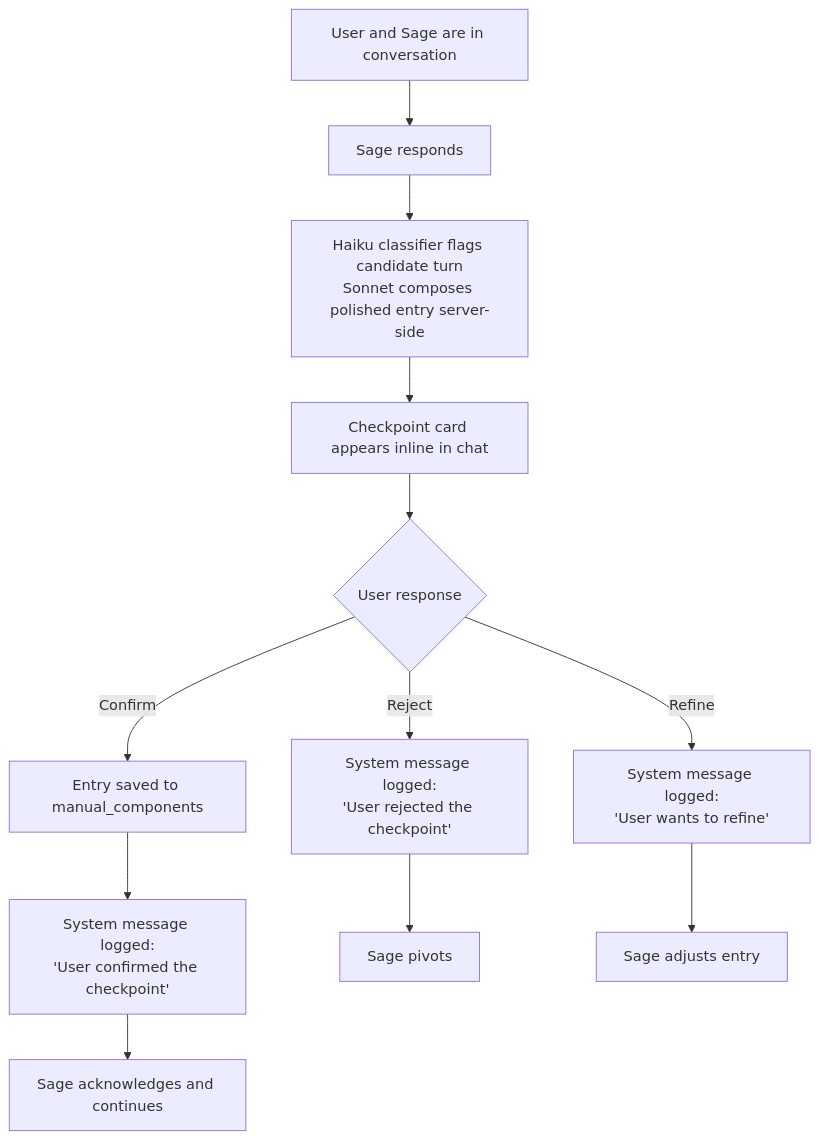
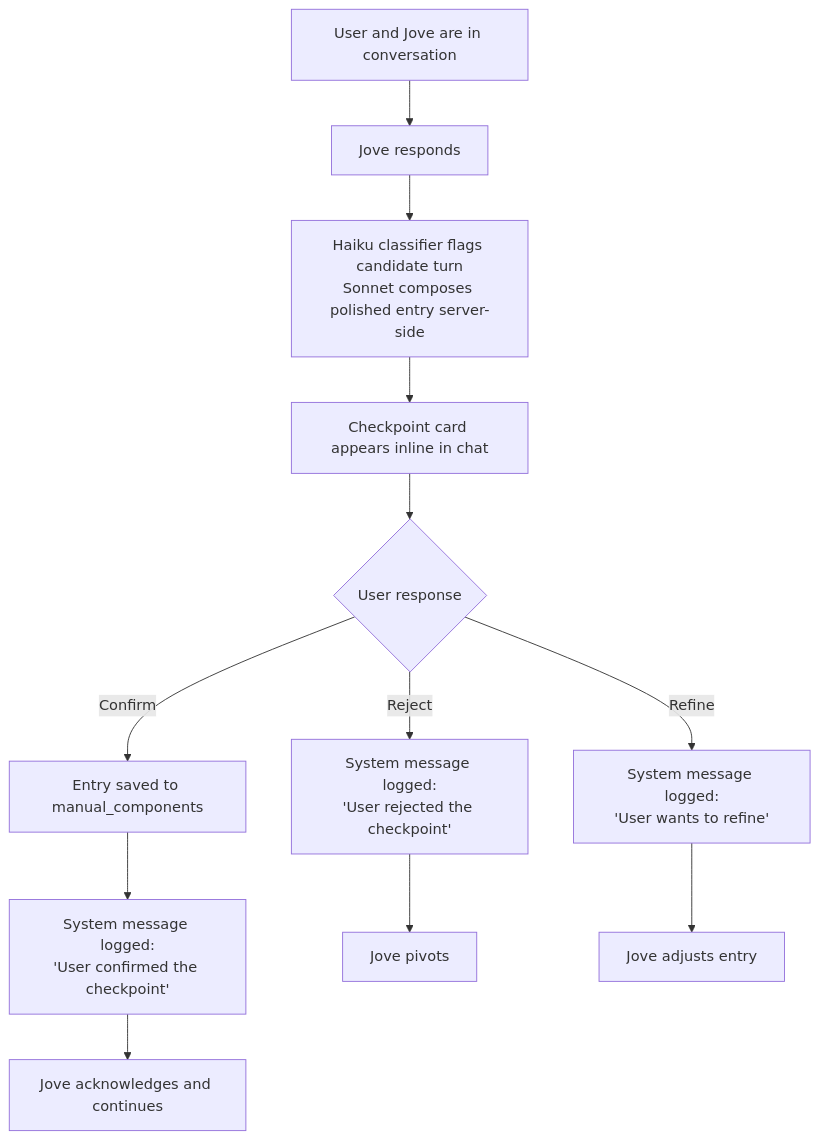
Before and after one commit to h2onation/mantle: the second of 7 diagrams in .claude/diagrams/user-flows.md, drawn with Mermaid. The commit also changed other lines of this file and 16 other files, not shown here.

````diff
--- a/.claude/diagrams/user-flows.md
+++ b/.claude/diagrams/user-flows.md
@@ -20,14 +20,14 @@
 ```mermaid
 flowchart TD
-    A[User and Sage are in conversation] --> B[Sage responds]
+    A[User and Jove are in conversation] --> B[Jove responds]
     B --> D["Haiku classifier flags candidate turn<br/>Sonnet composes polished entry server-side"]
     D --> E["Checkpoint card appears inline in chat"]
     E --> F{User response}
     F -- Confirm --> G["Entry saved to manual_components"]
     G --> H["System message logged:<br/>'User confirmed the checkpoint'"]
-    H --> I["Sage acknowledges and continues"]
+    H --> I["Jove acknowledges and continues"]
     F -- Reject --> J["System message logged:<br/>'User rejected the checkpoint'"]
-    J --> K["Sage pivots"]
+    J --> K["Jove pivots"]
     F -- Refine --> L["System message logged:<br/>'User wants to refine'"]
-    L --> M["Sage adjusts entry"]
+    L --> M["Jove adjusts entry"]
 ```
````
